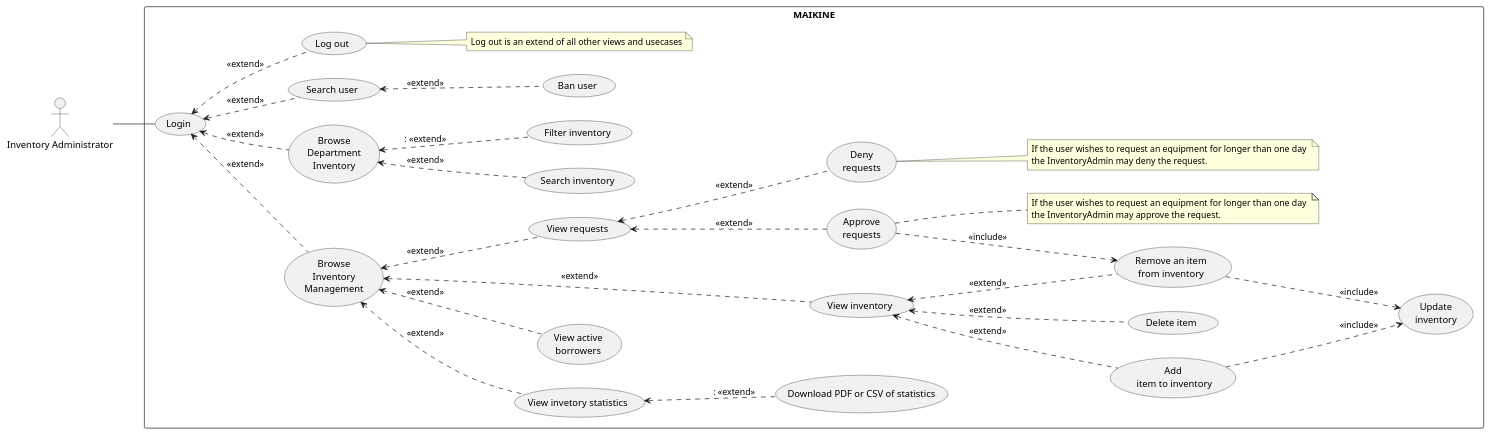
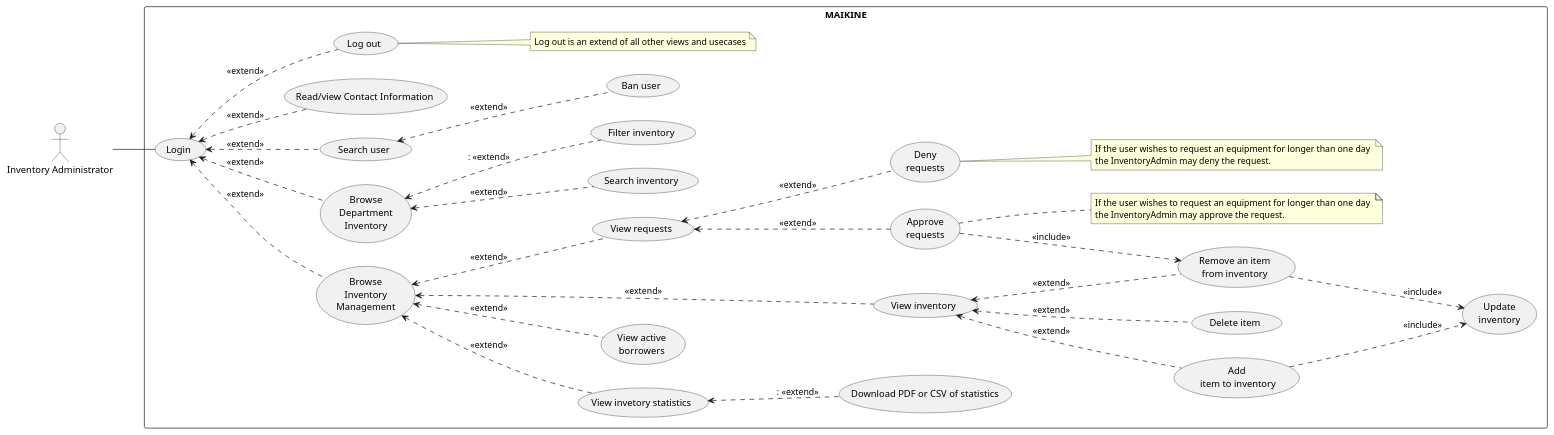
One commit to JanPerez35/PlantUML changed the diagram in usecaseDiagrams/Inventory_Administrator_Diagram.puml. Above: the diagram before and after it, drawn with PlantUML. The commit also changed 5 other files, not shown here.

Commit message:
updated diagrams

```diff
--- a/usecaseDiagrams/Inventory_Administrator_Diagram.puml
+++ b/usecaseDiagrams/Inventory_Administrator_Diagram.puml
@@ -1,74 +1,76 @@
 @startuml
 left to right direction
 skinparam packageStyle rectangle
 
 actor "Inventory Administrator" as InventoryAdmin
 
 rectangle MAIKINE {
 
   usecase "Login" as UC_Login
   usecase "Browse\nInventory\nManagement" as UC_InventoryMgmt
   usecase "Add\n item to inventory" as UC_AddInventory
   usecase "Delete item" as UC_Delete
   usecase "Update\ninventory" as UC_UpdateInventory
   usecase "Remove an item\nfrom inventory" as UC_RemoveInventory
   usecase "Approve\nrequests" as UC_ApproveRequests
   usecase "Deny\nrequests" as UC_DenyRequests
   usecase "View invetory statistics" as UC_ViewStatisitcs
   usecase "View active\nborrowers" as UC_ViewBorrowers
   usecase "Browse\nDepartment\nInventory" as UC_DepLending
   usecase "Ban user" as UC_BanUser
   usecase "Search user" as UC_SearchUser
   usecase "View inventory" as UC_View
   usecase "View requests" as UC_ViewRequest
   usecase "Search inventory" as UC_Search
   usecase "Filter inventory" as UC_Filter
   usecase "Download PDF or CSV of statistics" as UC_Download
+  usecase "Read/view Contact Information" as UC_ReadContact
   usecase "Log out" as UC_Logout
 
   note right of (UC_Logout)
   Log out is an extend of all other views and usecases
   end note
 
   note right of (UC_DenyRequests)
   If the user wishes to request an equipment for longer than one day 
   the InventoryAdmin may deny the request.
   end note
 
   note right of (UC_ApproveRequests)
   If the user wishes to request an equipment for longer than one day 
   the InventoryAdmin may approve the request.
   end note
 
 
 }
 
 InventoryAdmin -- UC_Login
 
 UC_Login <.. UC_Logout : <<extend>>
 UC_Login <.. UC_InventoryMgmt : <<extend>>
 UC_Login <.. UC_DepLending : <<extend>>
 UC_Login <.. UC_SearchUser : <<extend>>
+UC_Login <.. UC_ReadContact :<<extend>>
 
 UC_View <.. UC_AddInventory : <<extend>>
 UC_View <.. UC_RemoveInventory : <<extend>>
 UC_View<..UC_Delete: <<extend>>
 UC_ViewRequest <.. UC_ApproveRequests : <<extend>>
 UC_ViewRequest <.. UC_DenyRequests : <<extend>>
 UC_InventoryMgmt <.. UC_ViewBorrowers : <<extend>>
 UC_InventoryMgmt <.. UC_View: <<extend>>
 UC_InventoryMgmt <.. UC_ViewRequest: <<extend>>
 UC_InventoryMgmt <.. UC_ViewStatisitcs : <<extend>>
 UC_ViewStatisitcs <.. UC_Download:: <<extend>>
 
 UC_AddInventory ..> UC_UpdateInventory : <<include>>
 UC_RemoveInventory ..> UC_UpdateInventory : <<include>>
 UC_ApproveRequests ..> UC_RemoveInventory : <<include>>
 
 UC_SearchUser <.. UC_BanUser : <<extend>>
 
 UC_DepLending <.. UC_Search : <<extend>>
 UC_DepLending <.. UC_Filter :: <<extend>>
 
 
 @enduml
```
